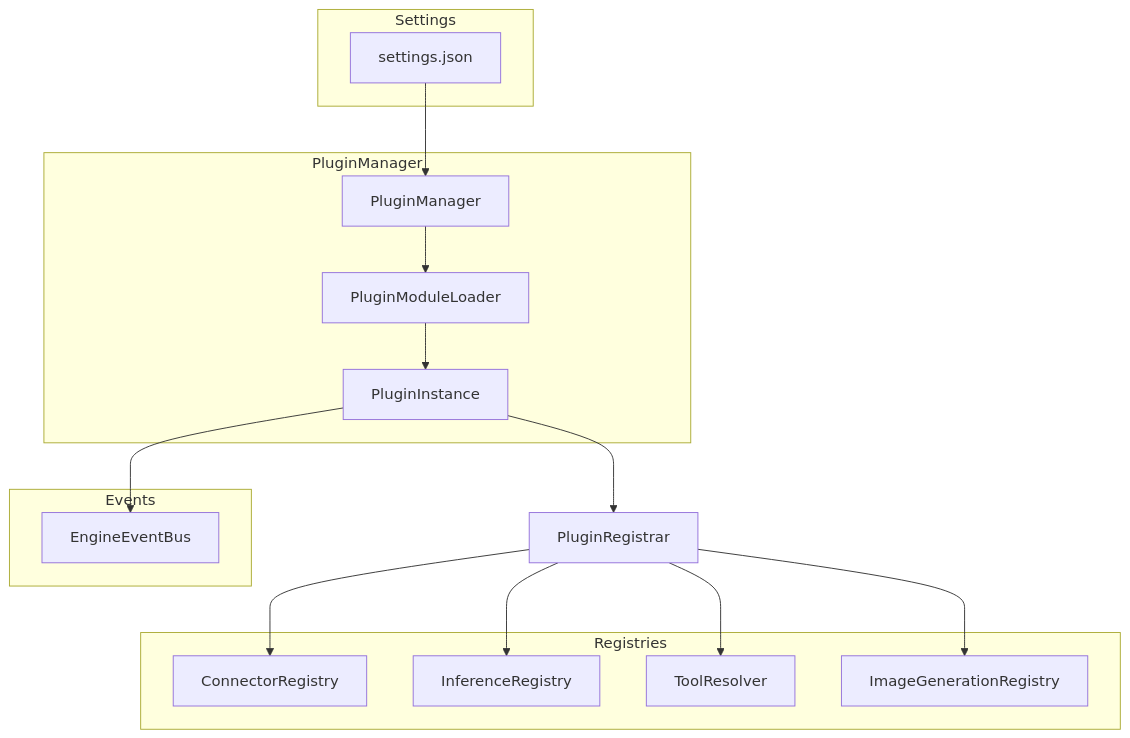
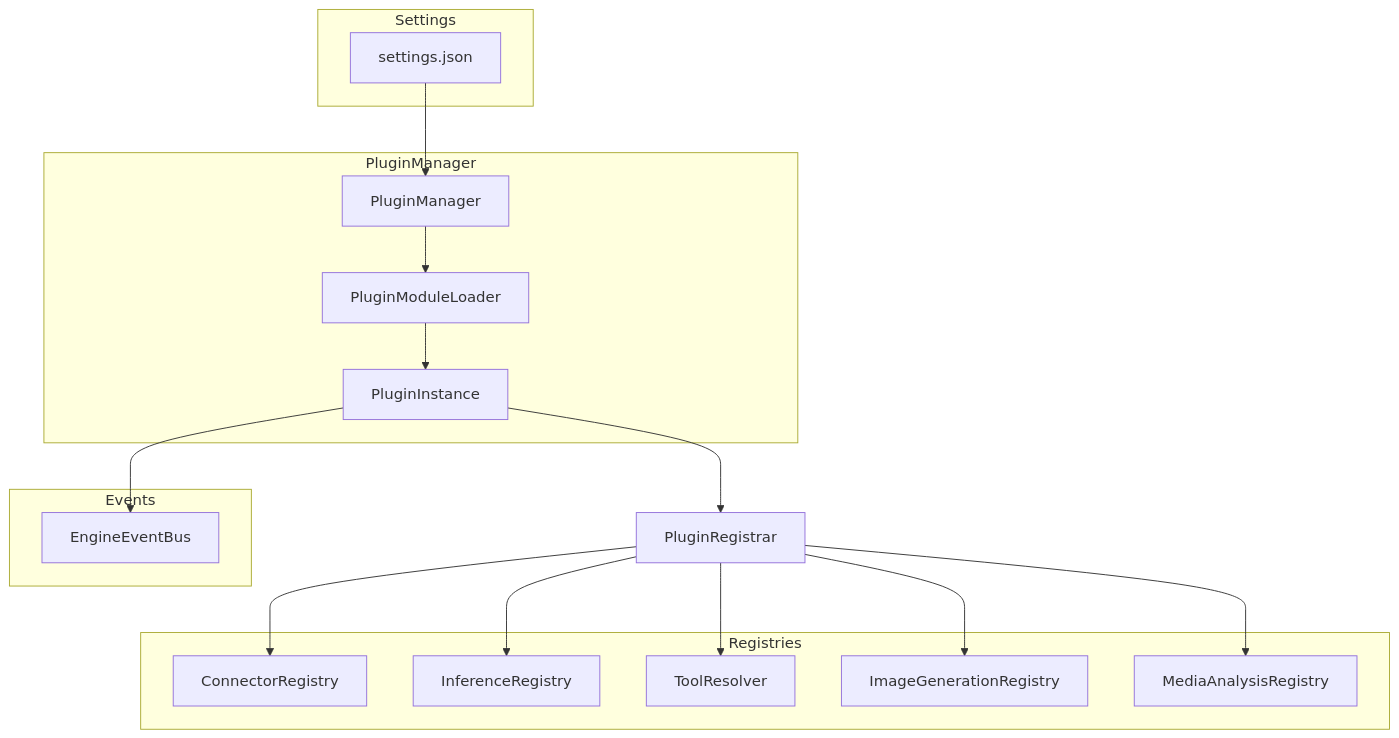
One commit to ex3ndr/daycare changed the second of 2 diagrams in doc/internals/plugins.md. Above: the diagram before and after it, drawn with Mermaid. The commit also changed other lines of this file and 33 other files, not shown here.

Commit message:
feat(media): add multimodal media analysis tool and plugin

````diff
--- a/doc/internals/plugins.md
+++ b/doc/internals/plugins.md
@@ -633,33 +639,35 @@
 ```mermaid
 flowchart TD
   subgraph Settings
     S[settings.json]
   end
 
   subgraph PluginManager
     PM[PluginManager]
     PL[PluginModuleLoader]
     PI[PluginInstance]
   end
 
   subgraph Registries
     CR[ConnectorRegistry]
     IR[InferenceRegistry]
     TR[ToolResolver]
     IMG[ImageGenerationRegistry]
+    MAR[MediaAnalysisRegistry]
   end
 
   subgraph Events
     EEB[EngineEventBus]
   end
 
   S --> PM
   PM --> PL
   PL --> PI
   PI --> PR[PluginRegistrar]
   PI --> EEB
   PR --> CR
   PR --> IR
   PR --> TR
   PR --> IMG
+  PR --> MAR
 ```
````
